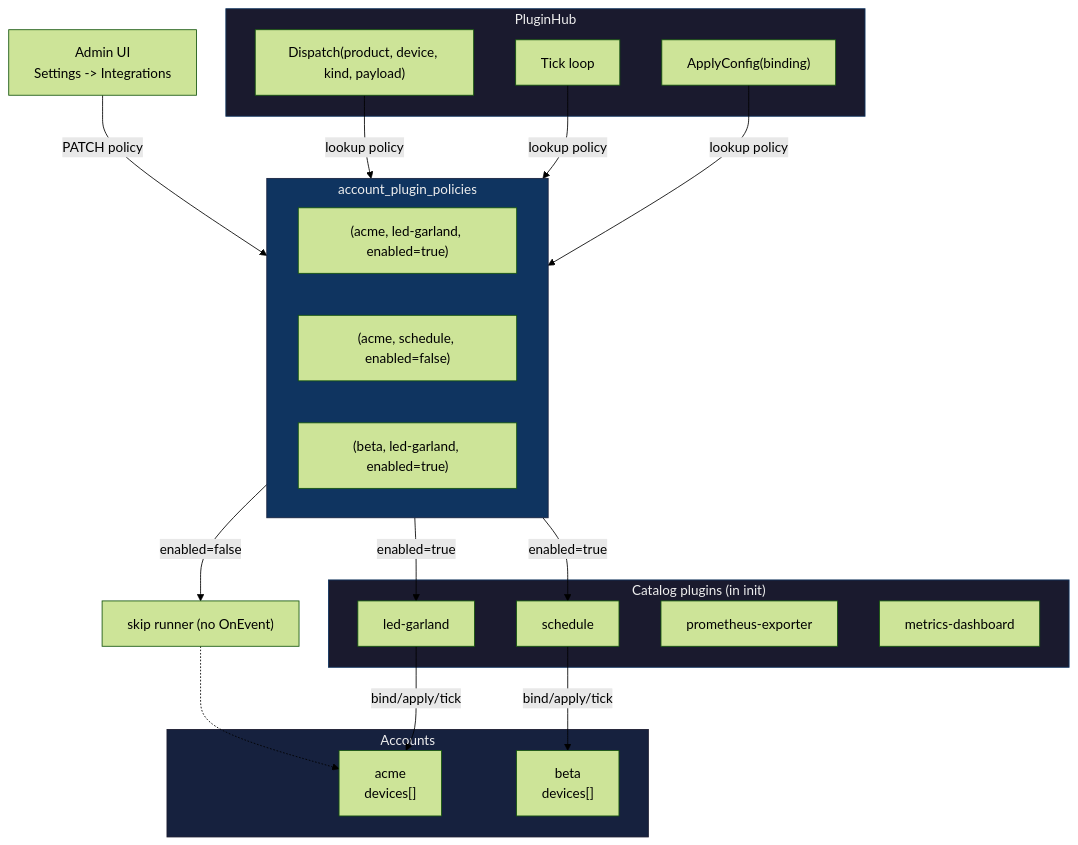
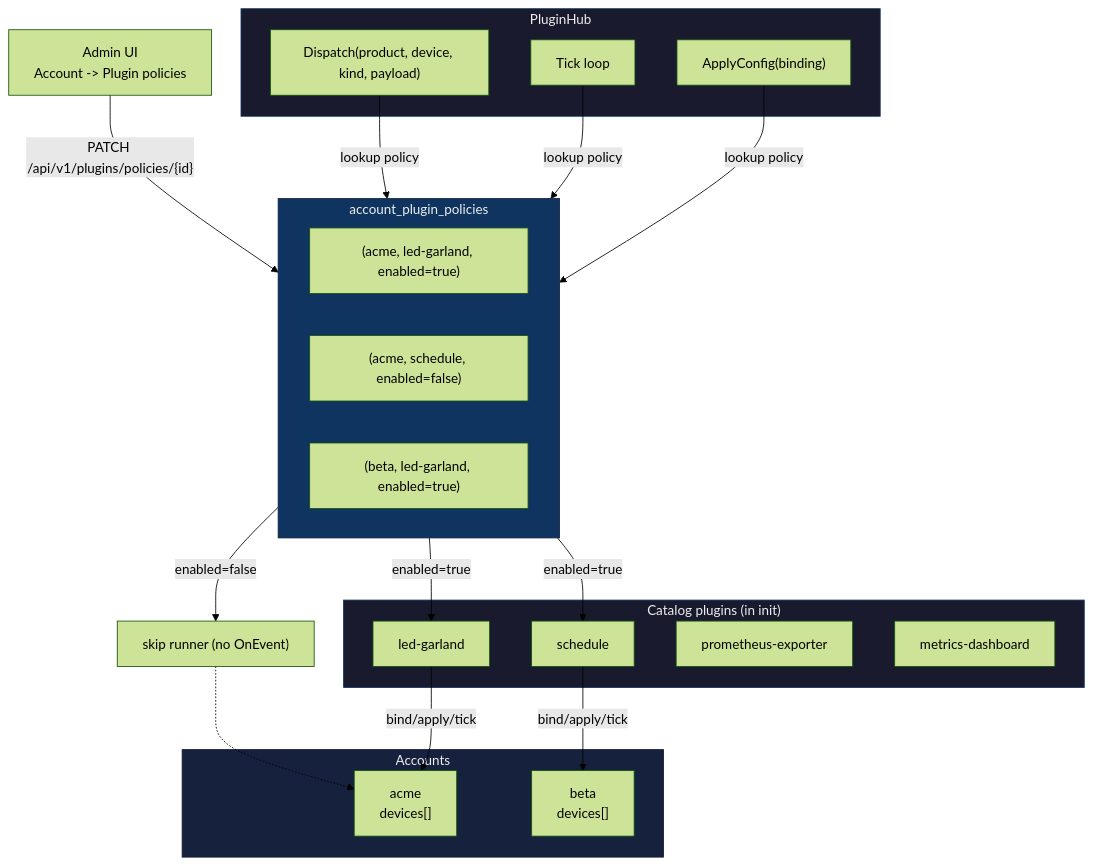
Before and after one commit to darvik80/iot-platform-go: diagram 14 of 14 in docs/en/14-diagrams.md, drawn with Mermaid (forest theme). The commit also changed other lines of this file and 81 other files, not shown here.

````diff
--- a/docs/en/14-diagrams.md
+++ b/docs/en/14-diagrams.md
@@ -608,46 +625,46 @@
 ```mermaid
 flowchart TB
     subgraph Catalog["Catalog plugins (in init)"]
         LG["led-garland"]
         SCH["schedule"]
         PRO["prometheus-exporter"]
         MD["metrics-dashboard"]
     end
 
     subgraph Policy["account_plugin_policies"]
         T1["(acme, led-garland, enabled=true)"]
         T2["(acme, schedule, enabled=false)"]
         T3["(beta, led-garland, enabled=true)"]
     end
 
     subgraph Hub["PluginHub"]
         D["Dispatch(product, device, kind, payload)"]
         AR["ApplyConfig(binding)"]
         TI["Tick loop"]
     end
 
     subgraph Accounts["Accounts"]
         AC1["acme<br/>devices[]"]
         AC2["beta<br/>devices[]"]
     end
 
     AR -->|"lookup policy"| Policy
     TI -->|"lookup policy"| Policy
     D -->|"lookup policy"| Policy
 
     Policy -->|enabled=true| LG
     Policy -->|enabled=true| SCH
     Policy -->|enabled=false| SKIP["skip runner (no OnEvent)"]
 
     LG -->|bind/apply/tick| AC1
     SCH -->|bind/apply/tick| AC2
     SKIP -.-> AC1
 
     %% UI control
-    UI["Admin UI<br/>Settings -> Integrations"] -->|"PATCH policy"| Policy
+    UI["Admin UI<br/>Account -> Plugin policies"] -->|"PATCH /api/v1/plugins/policies/{id}"| Policy
 
     style Catalog fill:#1a1a2e,stroke:#0f3460,color:#eee
     style Policy fill:#0f3460,stroke:#16213e,color:#eee
     style Hub fill:#1a1a2e,stroke:#0f3460,color:#eee
     style Accounts fill:#16213e,stroke:#1a1a2e,color:#eee
 ```
````
